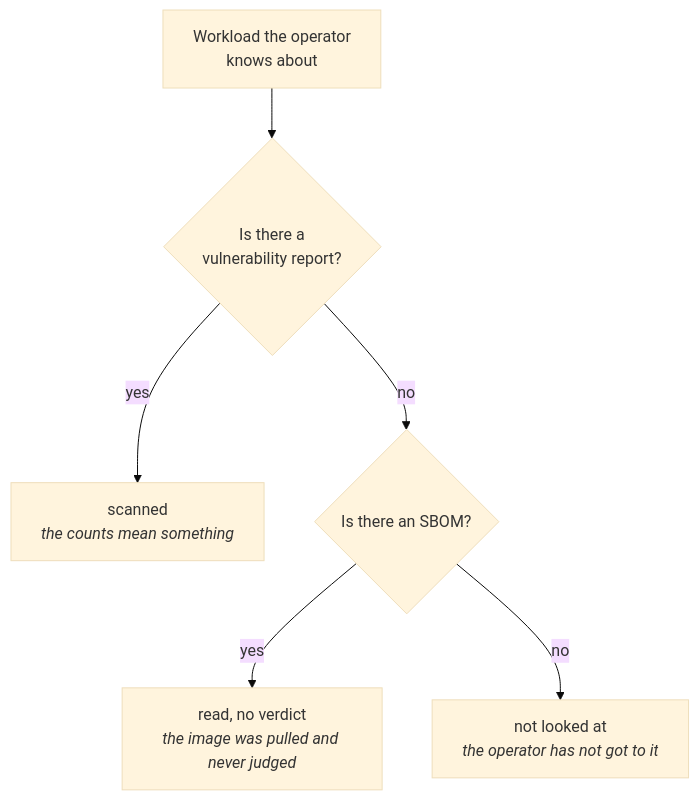
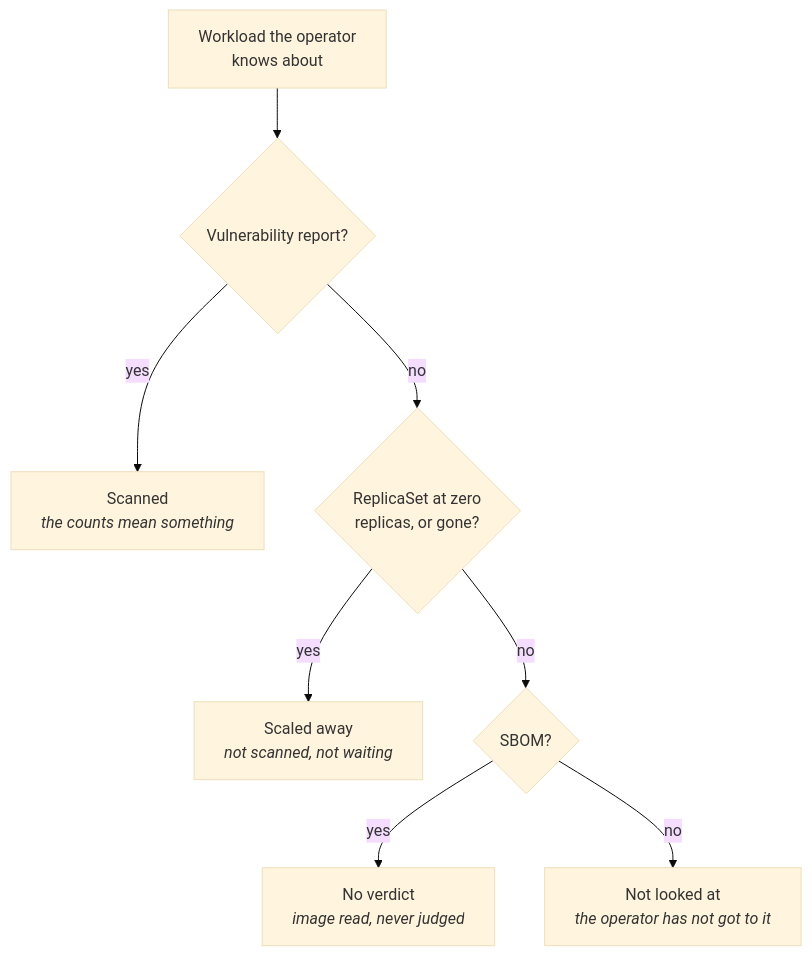
The second of 2 diagrams in docs/trivy.md (DiegoBulhoes/freelens-addons), drawn with Mermaid (base theme) before and after one commit. The commit also changed other lines of this file and 153 other files, not shown here.

First line of the commit message:
feat(trivy): ReplicaSets decide Scaled away, and a deliberate No verdict in the seed

````diff
--- a/docs/trivy.md
+++ b/docs/trivy.md
@@ -44,8 +48,10 @@
 ```mermaid
 flowchart TD
-  K["Workload the operator<br/>knows about"] --> S{"Is there a<br/>vulnerability report?"}
-  S -->|yes| SC["scanned<br/><i>the counts mean something</i>"]
-  S -->|no| B{"Is there an SBOM?"}
-  B -->|yes| RV["read, no verdict<br/><i>the image was pulled and never judged</i>"]
-  B -->|no| NL["not looked at<br/><i>the operator has not got to it</i>"]
+  K["Workload the operator<br/>knows about"] --> S{"Vulnerability report?"}
+  S -->|yes| SC["Scanned<br/><i>the counts mean something</i>"]
+  S -->|no| P{"ReplicaSet at zero<br/>replicas, or gone?"}
+  P -->|yes| IN["Scaled away<br/><i>not scanned, not waiting</i>"]
+  P -->|no| B{"SBOM?"}
+  B -->|yes| RV["No verdict<br/><i>image read, never judged</i>"]
+  B -->|no| NL["Not looked at<br/><i>the operator has not got to it</i>"]
 ```
````
